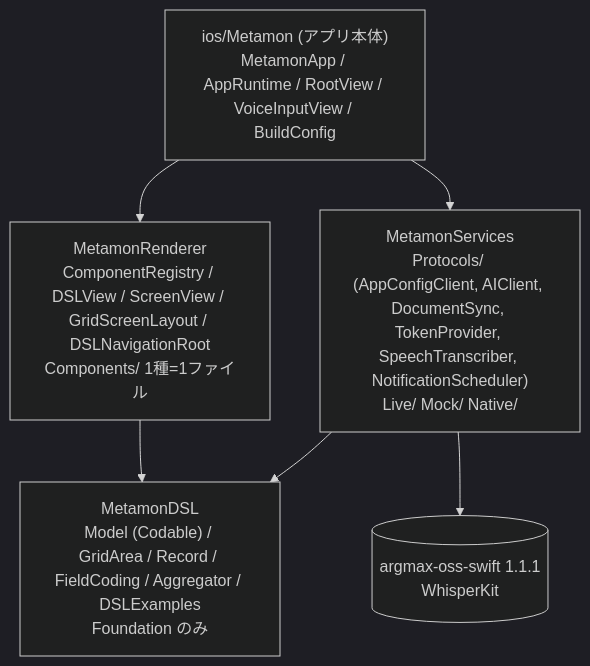
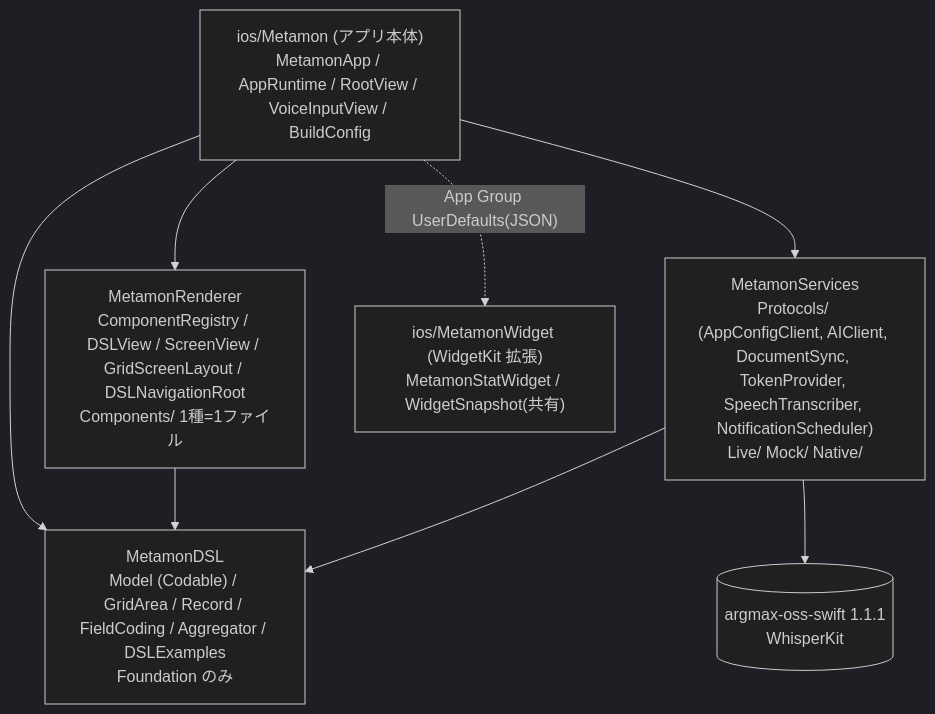
One commit to jphacks/kz_2601 changed the diagram in docs/ios/architecture.md. Above: the diagram before and after it, drawn with Mermaid (dark theme). The commit also changed other lines of this file and 1 other file, not shown here.

Commit message:
docs(ios): widget section (§12) and G18 home-screen widget requirement

````diff
--- a/docs/ios/architecture.md
+++ b/docs/ios/architecture.md
@@ -21,13 +21,16 @@
 ```mermaid
 flowchart TD
     App["ios/Metamon (アプリ本体)<br/>MetamonApp / AppRuntime / RootView / VoiceInputView / BuildConfig"]
     Renderer["MetamonRenderer<br/>ComponentRegistry / DSLView / ScreenView / GridScreenLayout / DSLNavigationRoot<br/>Components/ 1種=1ファイル"]
     Services["MetamonServices<br/>Protocols/ (AppConfigClient, AIClient, DocumentSync, TokenProvider, SpeechTranscriber, NotificationScheduler)<br/>Live/ Mock/ Native/"]
     DSL["MetamonDSL<br/>Model (Codable) / GridArea / Record / FieldCoding / Aggregator / DSLExamples<br/>Foundation のみ"]
     WhisperKit[("argmax-oss-swift 1.1.1<br/>WhisperKit")]
+    Widget["ios/MetamonWidget (WidgetKit 拡張)<br/>MetamonStatWidget / WidgetSnapshot(共有)"]
     App --> Renderer
     App --> Services
+    App --> DSL
     Renderer --> DSL
     Services --> DSL
     Services --> WhisperKit
+    App -. "App Group UserDefaults(JSON)" .-> Widget
 ```
````
